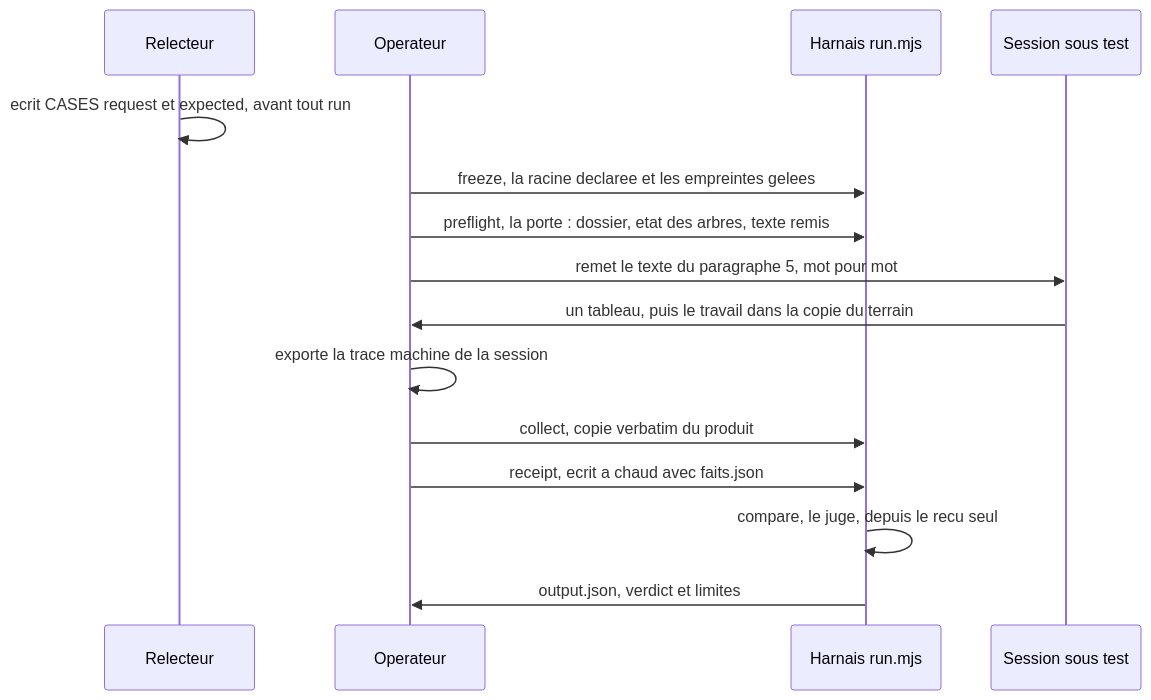
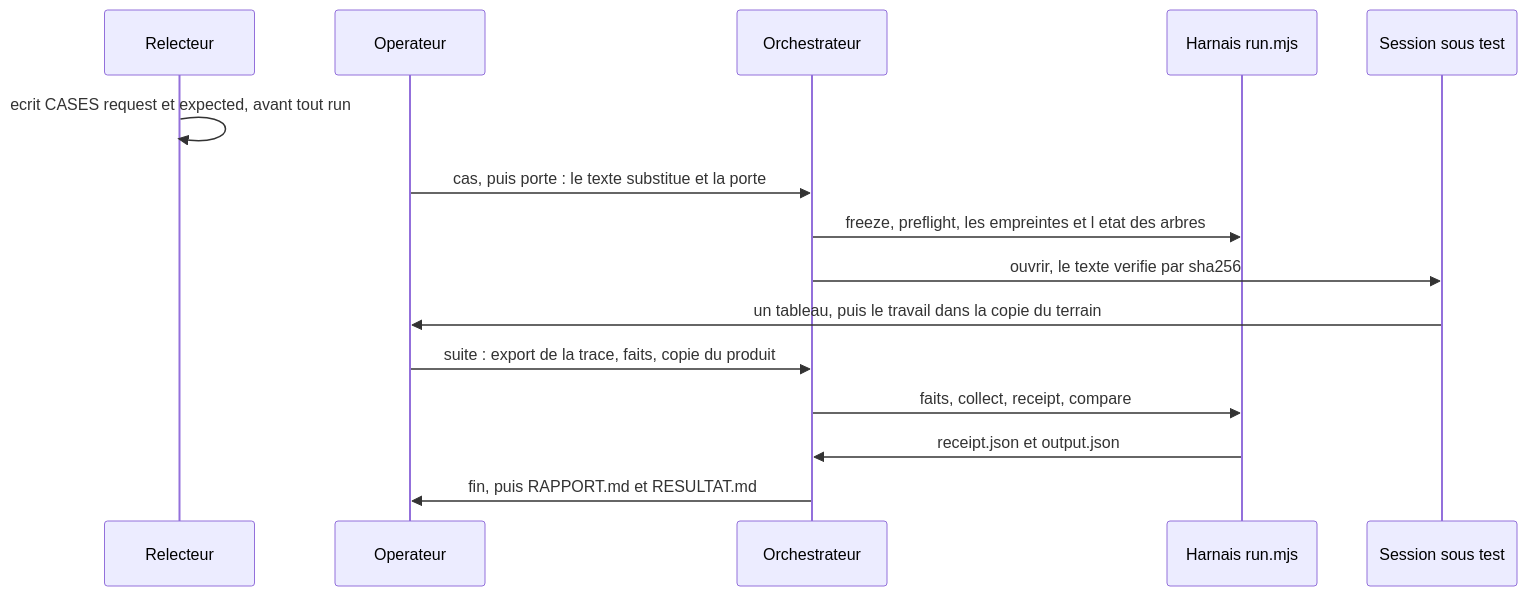
The first of 5 diagrams in docs/ARCHITECTURE.md (giak/aidd-device), drawn with Mermaid before and after one commit. The commit also changed other lines of this file and 3 other files, not shown here.

First line of the commit message:
Réparer le frontmatter d'ARCHITECTURE et la remettre sur ses pièces

````diff
--- a/docs/ARCHITECTURE.md
+++ b/docs/ARCHITECTURE.md
@@ -74,17 +82,17 @@
 ```mermaid
 sequenceDiagram
   participant Rel as Relecteur
   participant Ope as Operateur
+  participant Or as Orchestrateur
   participant Har as Harnais run.mjs
   participant Ses as Session sous test
   Rel->>Rel: ecrit CASES request et expected, avant tout run
-  Ope->>Har: freeze, la racine declaree et les empreintes gelees
-  Ope->>Har: preflight, la porte : dossier, etat des arbres, texte remis
-  Ope->>Ses: remet le texte du paragraphe 5, mot pour mot
+  Ope->>Or: cas, puis porte : le texte substitue et la porte
+  Or->>Har: freeze, preflight, les empreintes et l etat des arbres
+  Or->>Ses: ouvrir, le texte verifie par sha256
   Ses->>Ope: un tableau, puis le travail dans la copie du terrain
-  Ope->>Ope: exporte la trace machine de la session
-  Ope->>Har: collect, copie verbatim du produit
-  Ope->>Har: receipt, ecrit a chaud avec faits.json
-  Har->>Har: compare, le juge, depuis le recu seul
-  Har->>Ope: output.json, verdict et limites
+  Ope->>Or: suite : export de la trace, faits, copie du produit
+  Or->>Har: faits, collect, receipt, compare
+  Har->>Or: receipt.json et output.json
+  Or->>Ope: fin, puis RAPPORT.md et RESULTAT.md
 ```
````
